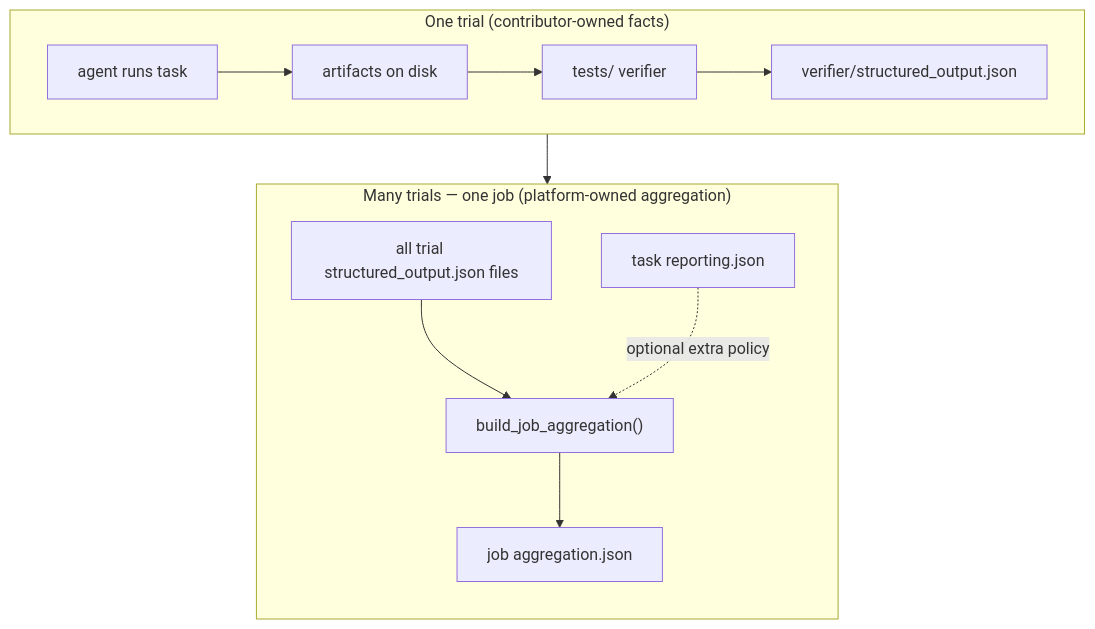
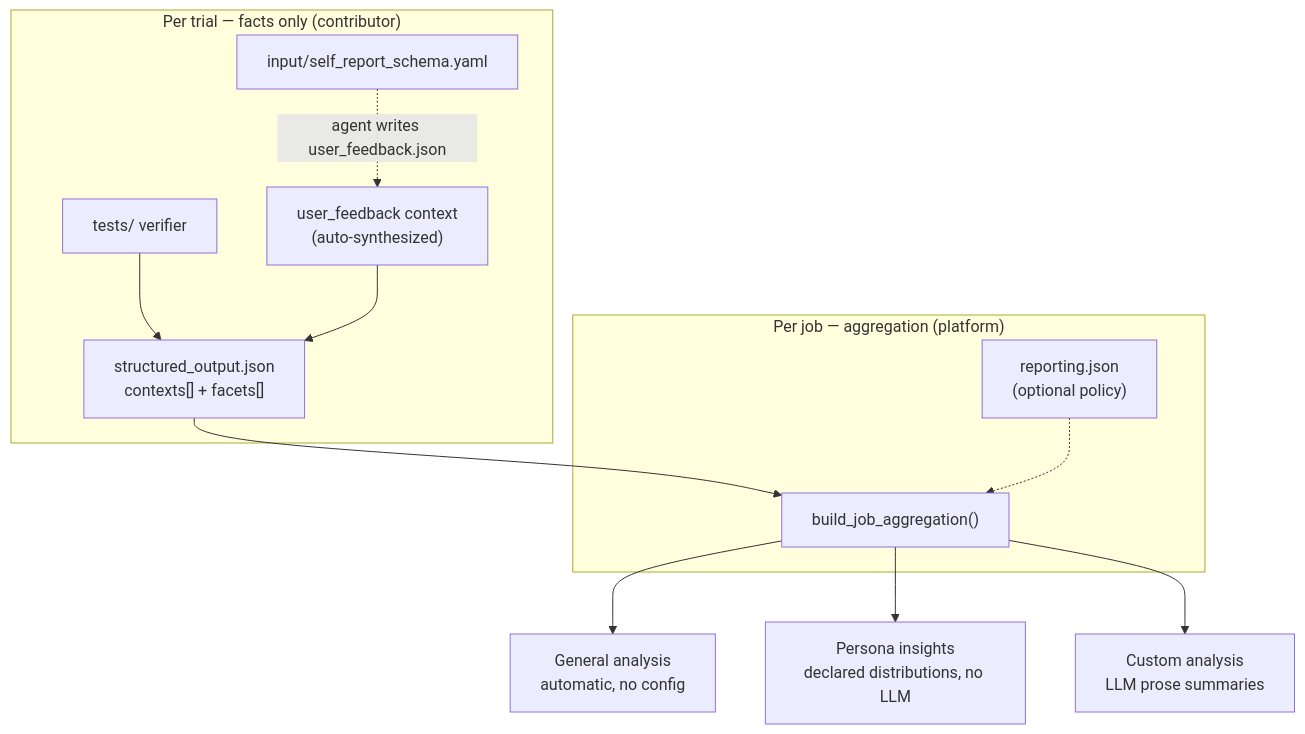
One commit to MatrAIx-ai/MatrAIx changed the diagram in application/task-spec/reporting-and-evaluation.md. Above: the diagram before and after it, drawn with Mermaid. The commit also changed other lines of this file and 63 other files, not shown here.

First line of the commit message:
Reporting: persona-insights distributions + lean per-task curation

````diff
--- a/application/task-spec/reporting-and-evaluation.md
+++ b/application/task-spec/reporting-and-evaluation.md
@@ -12,23 +13,17 @@
 ```mermaid
 flowchart TB
-  subgraph trial ["One trial (contributor-owned facts)"]
-    direction LR
-    A["agent runs task"] --> B["artifacts on disk"]
-    B --> C["tests/ verifier"]
-    C --> D["verifier/structured_output.json"]
+  subgraph trial ["Per trial — facts only (contributor)"]
+    V["tests/ verifier"] --> SO["structured_output.json<br/>contexts[] + facets[]"]
+    SR["input/self_report_schema.yaml"] -.->|"agent writes user_feedback.json"| UF["user_feedback context<br/>(auto-synthesized)"]
+    UF --> SO
   end
 
-  subgraph job ["Many trials — one job (platform-owned aggregation)"]
-    direction TB
-    E["all trial structured_output.json files"]
-    F["task reporting.json"]
-    G["build_job_aggregation()"]
-    H["job aggregation.json"]
-
-    E --> G
-    F -.->|"optional extra policy"| G
-    G --> H
+  subgraph job ["Per job — aggregation (platform)"]
+    SO --> AGG["build_job_aggregation()"]
+    RC["reporting.json<br/>(optional policy)"] -.-> AGG
   end
 
-  D --> E
+  AGG --> G["General analysis<br/>automatic, no config"]
+  AGG --> P["Persona insights<br/>declared distributions, no LLM"]
+  AGG --> C["Custom analysis<br/>LLM prose summaries"]
 ```
````
